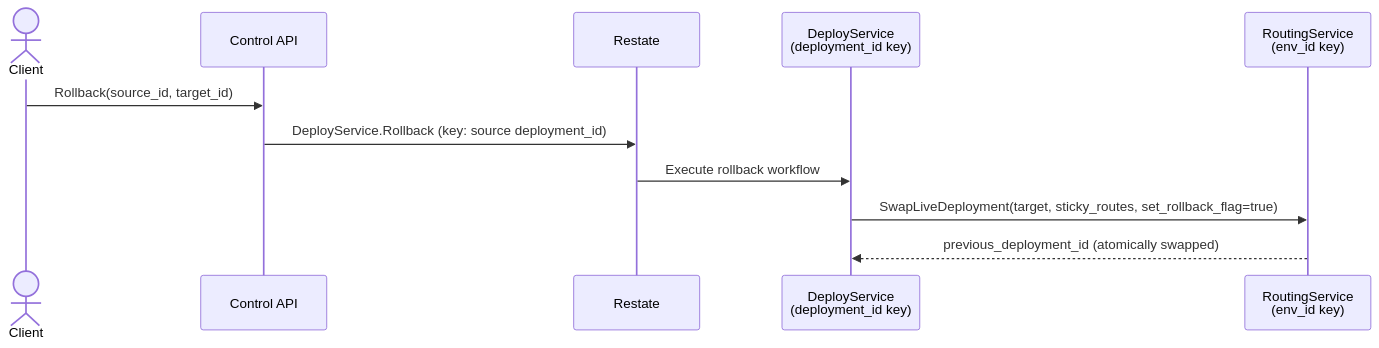
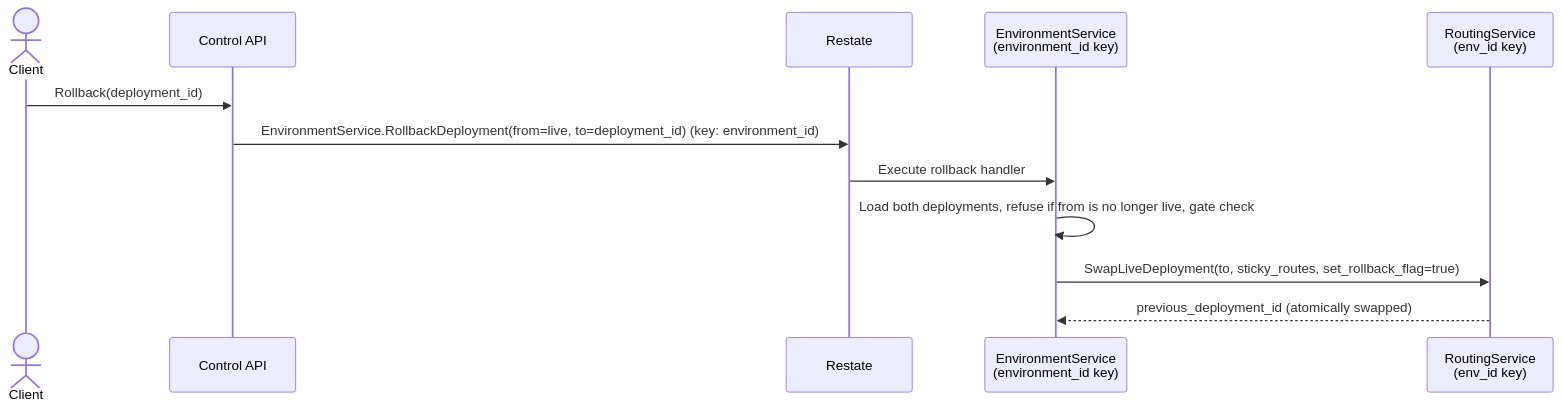
Before and after one commit to unkeyed/unkey: the fourth of 4 diagrams in docs/engineering/architecture/services/control-plane/worker/workflows/deployments.mdx, drawn with Mermaid. The commit also changed other lines of this file and 6 other files, not shown here.

````diff
--- a/docs/engineering/architecture/services/control-plane/worker/workflows/deployments.mdx
+++ b/docs/engineering/architecture/services/control-plane/worker/workflows/deployments.mdx
@@ -104,14 +105,15 @@
 ```mermaid
 sequenceDiagram
   actor Client
   participant CtrlAPI as Control API
   participant Restate as Restate
-  participant Worker as DeployService<br/>(deployment_id key)
+  participant Worker as EnvironmentService<br/>(environment_id key)
   participant Routing as RoutingService<br/>(env_id key)
 
-  Client->>CtrlAPI: Rollback(source_id, target_id)
-  CtrlAPI->>Restate: DeployService.Rollback (key: source deployment_id)
-  Restate->>Worker: Execute rollback workflow
-  Worker->>Routing: SwapLiveDeployment(target, sticky_routes, set_rollback_flag=true)
+  Client->>CtrlAPI: Rollback(deployment_id)
+  CtrlAPI->>Restate: EnvironmentService.RollbackDeployment(from=live, to=deployment_id) (key: environment_id)
+  Restate->>Worker: Execute rollback handler
+  Worker->>Worker: Load both deployments, refuse if from is no longer live, gate check
+  Worker->>Routing: SwapLiveDeployment(to, sticky_routes, set_rollback_flag=true)
   Routing-->>Worker: previous_deployment_id (atomically swapped)
 ```
````
